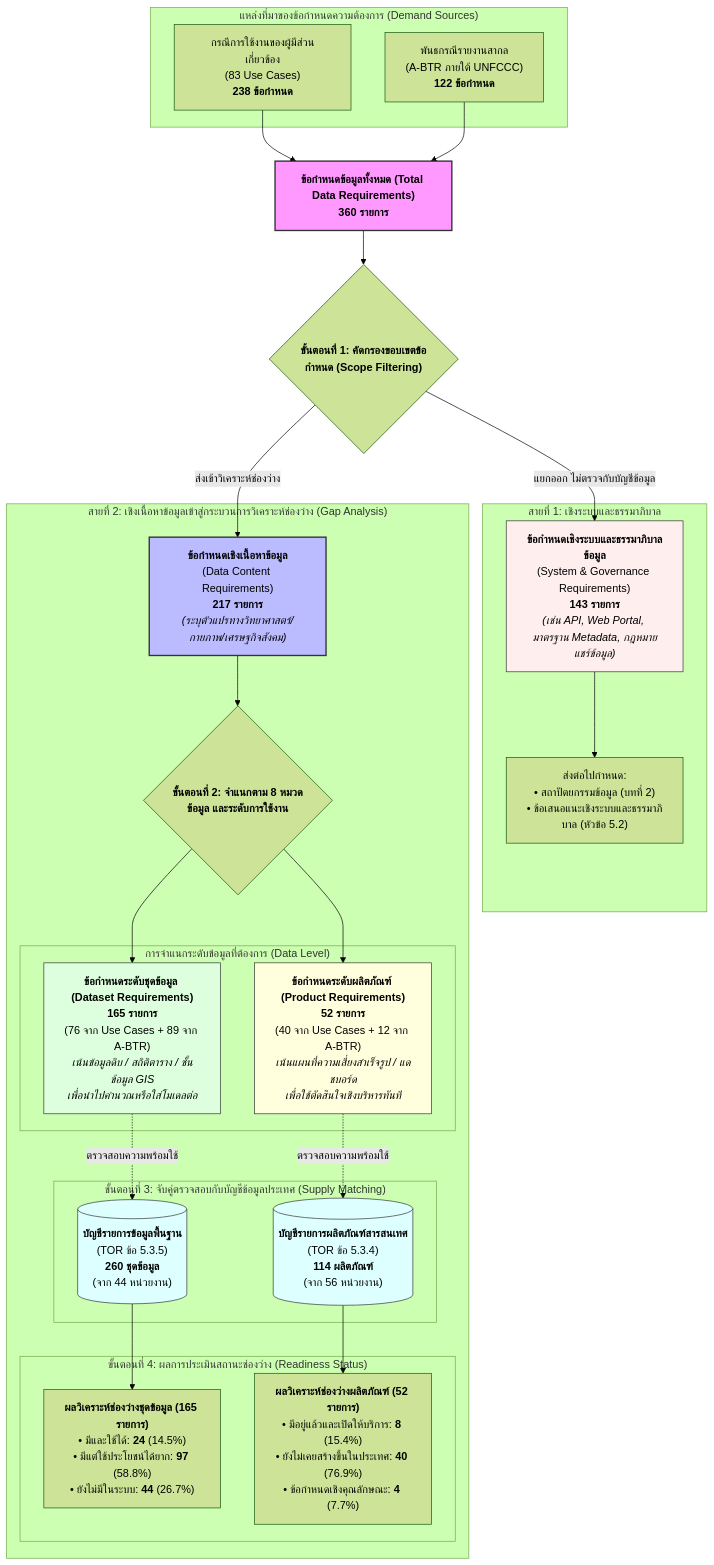
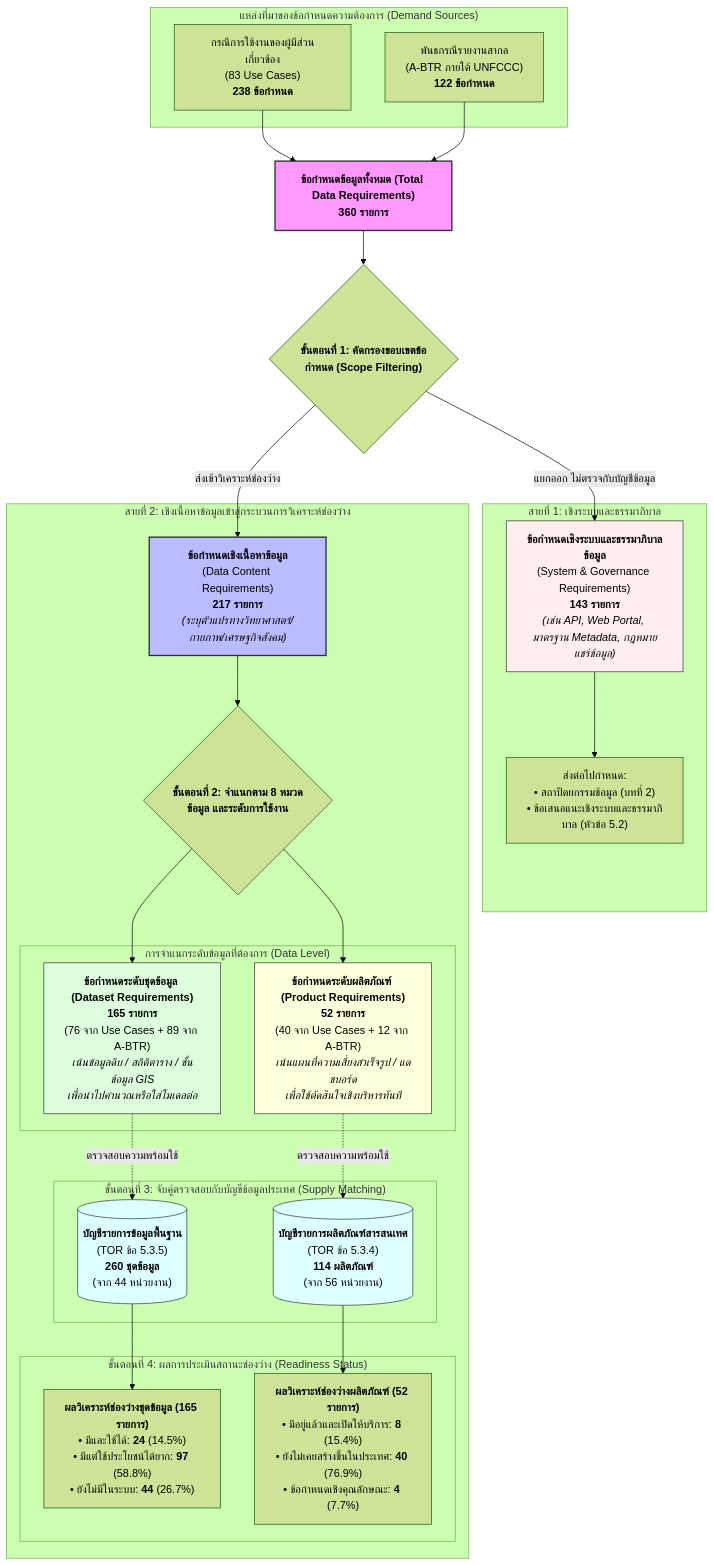
The diagram in ψ/incubate/drafts/crdb-full-report-5.1/draft-v2.md (Bossax/arun-creagy), drawn with Mermaid (forest theme) before and after one commit. The commit also changed other lines of this file, not shown here.

````diff
--- a/ψ/incubate/drafts/crdb-full-report-5.1/draft-v2.md
+++ b/ψ/incubate/drafts/crdb-full-report-5.1/draft-v2.md
@@ -45,62 +45,62 @@
 ```mermaid
 flowchart TD
     %% Source Node
     subgraph S1 ["แหล่งที่มาของข้อกำหนดความต้องการ (Demand Sources)"]
         UC["กรณีการใช้งานของผู้มีส่วนเกี่ยวข้อง<br/>(83 Use Cases)<br/><b>238 ข้อกำหนด</b>"]
         BTR["พันธกรณีรายงานสากล<br/>(A-BTR ภายใต้ UNFCCC)<br/><b>122 ข้อกำหนด</b>"]
     end
 
     TOTAL["<b>ข้อกำหนดข้อมูลทั้งหมด (Total Data Requirements)</b><br/><b>360 รายการ</b>"]
     UC --> TOTAL
     BTR --> TOTAL
 
     %% Step 1: Screening
     TOTAL --> STEP1{"<b>ขั้นตอนที่ 1: คัดกรองขอบเขตข้อกำหนด (Scope Filtering)</b>"}
 
     subgraph TRACK_SYS ["สายที่ 1: เชิงระบบและธรรมาภิบาล"]
         SYS["<b>ข้อกำหนดเชิงระบบและธรรมาภิบาลข้อมูล</b><br/>(System & Governance Requirements)<br/><b>143 รายการ</b><br/><i>(เช่น API, Web Portal, มาตรฐาน Metadata, กฎหมายแชร์ข้อมูล)</i>"]
         SYS_TARGET["ส่งต่อไปกำหนด:<br/>• สถาปัตยกรรมข้อมูล (บทที่ 2)<br/>• ข้อเสนอแนะเชิงระบบและธรรมาภิบาล (หัวข้อ 5.2)"]
         SYS --> SYS_TARGET
     end
 
-    subgraph TRACK_DATA ["สายที่ 2: เชิงเนื้อหาข้อมูลเข้าสู่กระบวนการวิเคราะห์ช่องว่าง (Gap Analysis)"]
+    subgraph TRACK_DATA ["สายที่ 2: เชิงเนื้อหาข้อมูลเข้าสู่กระบวนการวิเคราะห์ช่องว่าง"]
         CONTENT["<b>ข้อกำหนดเชิงเนื้อหาข้อมูล</b><br/>(Data Content Requirements)<br/><b>217 รายการ</b><br/><i>(ระบุตัวแปรทางวิทยาศาสตร์/กายภาพ/เศรษฐกิจสังคม)</i>"]
         
         STEP2{"<b>ขั้นตอนที่ 2: จำแนกตาม 8 หมวดข้อมูล และระดับการใช้งาน</b>"}
         CONTENT --> STEP2
 
         subgraph SPLIT_TYPE ["การจำแนกระดับข้อมูลที่ต้องการ (Data Level)"]
             REQ_DS["<b>ข้อกำหนดระดับชุดข้อมูล (Dataset Requirements)</b><br/><b>165 รายการ</b><br/>(76 จาก Use Cases + 89 จาก A-BTR)<br/><i>เน้นข้อมูลดิบ / สถิติตาราง / ชั้นข้อมูล GIS<br/>เพื่อนำไปคำนวณหรือใส่โมเดลต่อ</i>"]
             REQ_PR["<b>ข้อกำหนดระดับผลิตภัณฑ์ (Product Requirements)</b><br/><b>52 รายการ</b><br/>(40 จาก Use Cases + 12 จาก A-BTR)<br/><i>เน้นแผนที่ความเสี่ยงสำเร็จรูป / แดชบอร์ด<br/>เพื่อใช้ตัดสินใจเชิงบริหารทันที</i>"]
         end
         STEP2 --> REQ_DS
         STEP2 --> REQ_PR
 
         subgraph INVENTORY ["ขั้นตอนที่ 3: จับคู่ตรวจสอบกับบัญชีข้อมูลประเทศ (Supply Matching)"]
             INV_DS[("<b>บัญชีรายการข้อมูลพื้นฐาน</b><br/>(TOR ข้อ 5.3.5)<br/><b>260 ชุดข้อมูล</b><br/>(จาก 44 หน่วยงาน)")]
             INV_PR[("<b>บัญชีรายการผลิตภัณฑ์สารสนเทศ</b><br/>(TOR ข้อ 5.3.4)<br/><b>114 ผลิตภัณฑ์</b><br/>(จาก 56 หน่วยงาน)")]
         end
 
         REQ_DS -.->|ตรวจสอบความพร้อมใช้| INV_DS
         REQ_PR -.->|ตรวจสอบความพร้อมใช้| INV_PR
 
         subgraph GAP_RESULT ["ขั้นตอนที่ 4: ผลการประเมินสถานะช่องว่าง (Readiness Status)"]
             RES_DS["<b>ผลวิเคราะห์ช่องว่างชุดข้อมูล (165 รายการ)</b><br/>• มีและใช้ได้: <b>24</b> (14.5%)<br/>• มีแต่ใช้ประโยชน์ได้ยาก: <b>97</b> (58.8%)<br/>• ยังไม่มีในระบบ: <b>44</b> (26.7%)"]
             RES_PR["<b>ผลวิเคราะห์ช่องว่างผลิตภัณฑ์ (52 รายการ)</b><br/>• มีอยู่แล้วและเปิดให้บริการ: <b>8</b> (15.4%)<br/>• ยังไม่เคยสร้างขึ้นในประเทศ: <b>40</b> (76.9%)<br/>• ข้อกำหนดเชิงคุณลักษณะ: <b>4</b> (7.7%)"]
         end
 
         INV_DS --> RES_DS
         INV_PR --> RES_PR
     end
 
     STEP1 -->|แยกออก ไม่ตรวจกับบัญชีข้อมูล| SYS
     STEP1 -->|ส่งเข้าวิเคราะห์ช่องว่าง| CONTENT
 
     style TOTAL fill:#f9f,stroke:#333,stroke-width:2px
     style CONTENT fill:#bbf,stroke:#333,stroke-width:2px
     style SYS fill:#fee,stroke:#333,stroke-width:1px
     style REQ_DS fill:#dfd,stroke:#333,stroke-width:1px
     style REQ_PR fill:#ffd,stroke:#333,stroke-width:1px
     style INV_DS fill:#dff,stroke:#333,stroke-width:1px
     style INV_PR fill:#dff,stroke:#333,stroke-width:1px
 ```
````
